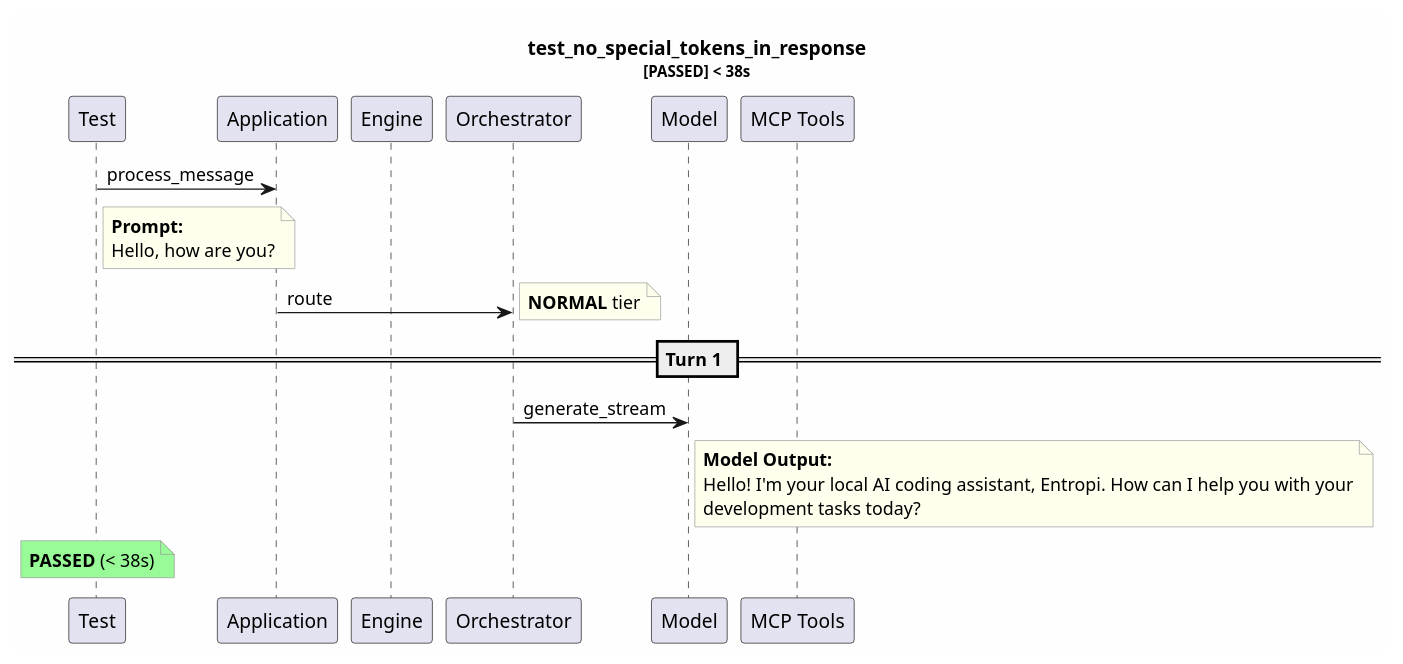
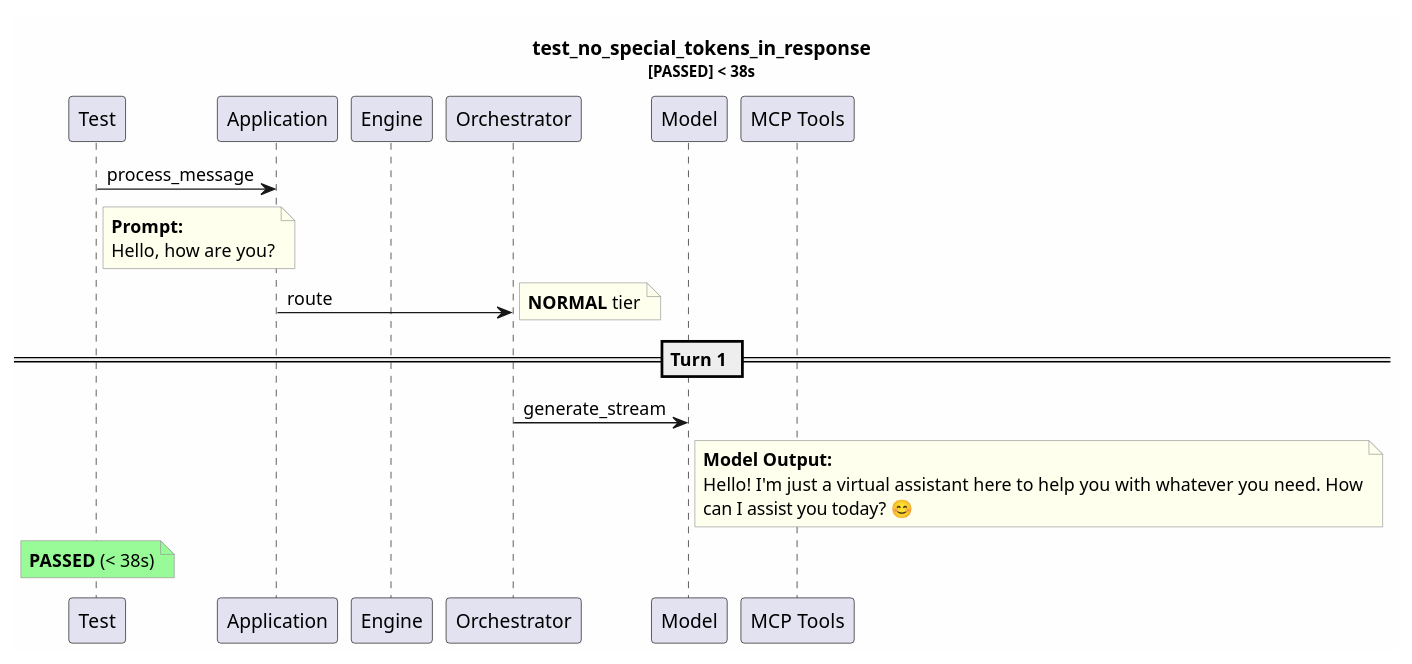
The diagram in test-reports/logs/test_no_special_tokens_in_response/test_no_special_tokens_in_response.puml (tvanfossen/entropi), drawn with PlantUML before and after one commit. The commit also changed 22 other files, not shown here.

```diff
--- a/test-reports/logs/test_no_special_tokens_in_response/test_no_special_tokens_in_response.puml
+++ b/test-reports/logs/test_no_special_tokens_in_response/test_no_special_tokens_in_response.puml
@@ -1,32 +1,32 @@
 @startuml
 skinparam backgroundColor #FEFEFE
 skinparam noteBorderColor #999999
 skinparam noteBackgroundColor #FFFFEE
 title test_no_special_tokens_in_response\n<size:11>[PASSED] < 38s</size>
 
 participant "Test" as T
 participant "Application" as App
 participant "Engine" as Eng
 participant "Orchestrator" as Orch
 participant "Model" as Mdl
 participant "MCP Tools" as MCP
 
 T -> App: process_message
 note right of T
   **Prompt:**
   Hello, how are you?
 end note
 App -> Orch: route
 note right: **NORMAL** tier
 == Turn 1 ==
 Orch -> Mdl: generate_stream
 note right of Mdl
   **Model Output:**
-  Hello! I'm your local AI coding assistant, Entropi. How can I help you with your
-  development tasks today?
+  Hello! I'm just a virtual assistant here to help you with whatever you need. How
+  can I assist you today? 😊
 end note
 note over T #palegreen
   **PASSED** (< 38s)
 end note
 
 @enduml
```
